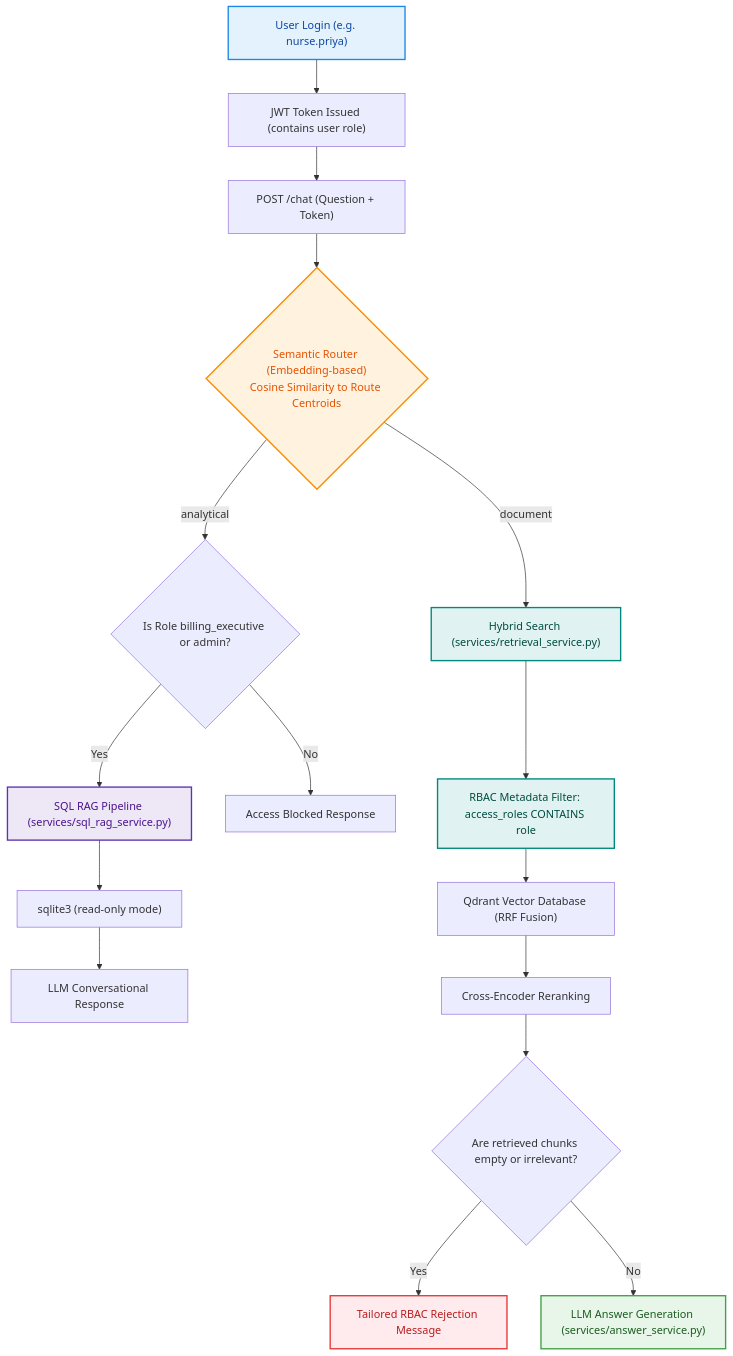
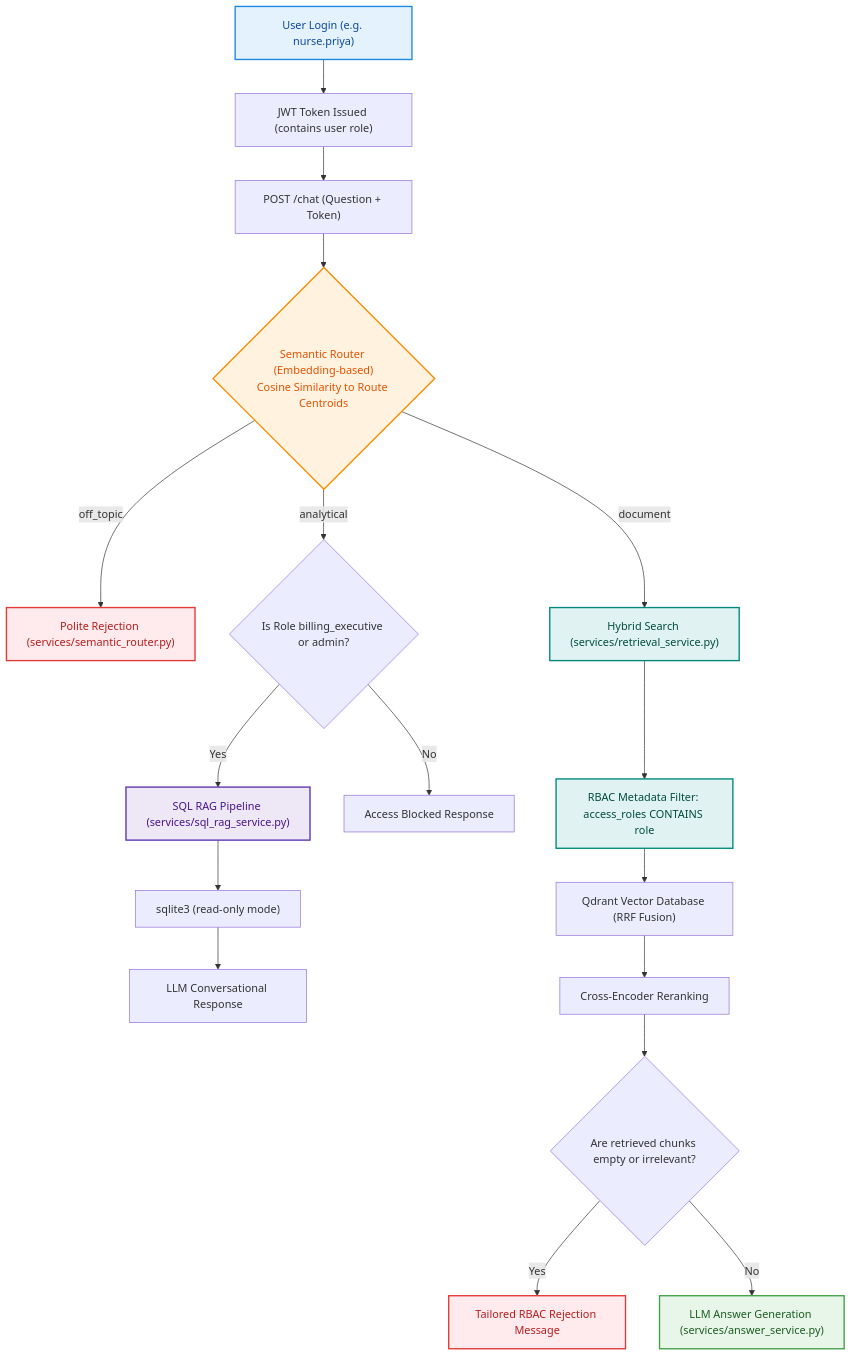
Before and after one commit to abhishektimmaraju-dot/MEDIBOT: the diagram in README.md, drawn with Mermaid.

Commit message:
docs: update architecture mermaid diagram in README to reflect off-topic route

````diff
--- a/README.md
+++ b/README.md
@@ -13,30 +13,34 @@
 ```mermaid
 flowchart TD
     A["User Login (e.g. nurse.priya)"] --> B["JWT Token Issued (contains user role)"]
     B --> C["POST /chat (Question + Token)"]
     C --> D{"Semantic Router (Embedding-based)\nCosine Similarity to Route Centroids"}
+    
+    %% Off-Topic Route
+    D -- "off_topic" --> H2["Polite Rejection (services/semantic_router.py)"]
     
     %% Analytical Route
     D -- "analytical" --> E{"Is Role billing_executive or admin?"}
     E -- "Yes" --> F["SQL RAG Pipeline (services/sql_rag_service.py)"]
     F --> G["sqlite3 (read-only mode)"]
     G --> H["LLM Conversational Response"]
     E -- "No" --> I["Access Blocked Response"]
     
     %% Document Route
     D -- "document" --> J["Hybrid Search (services/retrieval_service.py)"]
     J --> K["RBAC Metadata Filter: access_roles CONTAINS role"]
     K --> L["Qdrant Vector Database (RRF Fusion)"]
     L --> M["Cross-Encoder Reranking"]
     M --> N{"Are retrieved chunks empty or irrelevant?"}
     N -- "Yes" --> O["Tailored RBAC Rejection Message"]
     N -- "No" --> P["LLM Answer Generation (services/answer_service.py)"]
 
     style A fill:#E3F2FD,stroke:#1E88E5,stroke-width:2px,color:#0D47A1
     style D fill:#FFF3E0,stroke:#FB8C00,stroke-width:2px,color:#E65100
+    style H2 fill:#FFEBEE,stroke:#E53935,stroke-width:2px,color:#B71C1C
     style F fill:#EDE7F6,stroke:#5E35B1,stroke-width:2px,color:#4A148C
     style J fill:#E0F2F1,stroke:#00897B,stroke-width:2px,color:#004D40
     style K fill:#E0F2F1,stroke:#00897B,stroke-width:2px,color:#004D40
     style O fill:#FFEBEE,stroke:#E53935,stroke-width:2px,color:#B71C1C
     style P fill:#E8F5E9,stroke:#43A047,stroke-width:2px,color:#1B5E20
 ```
````
